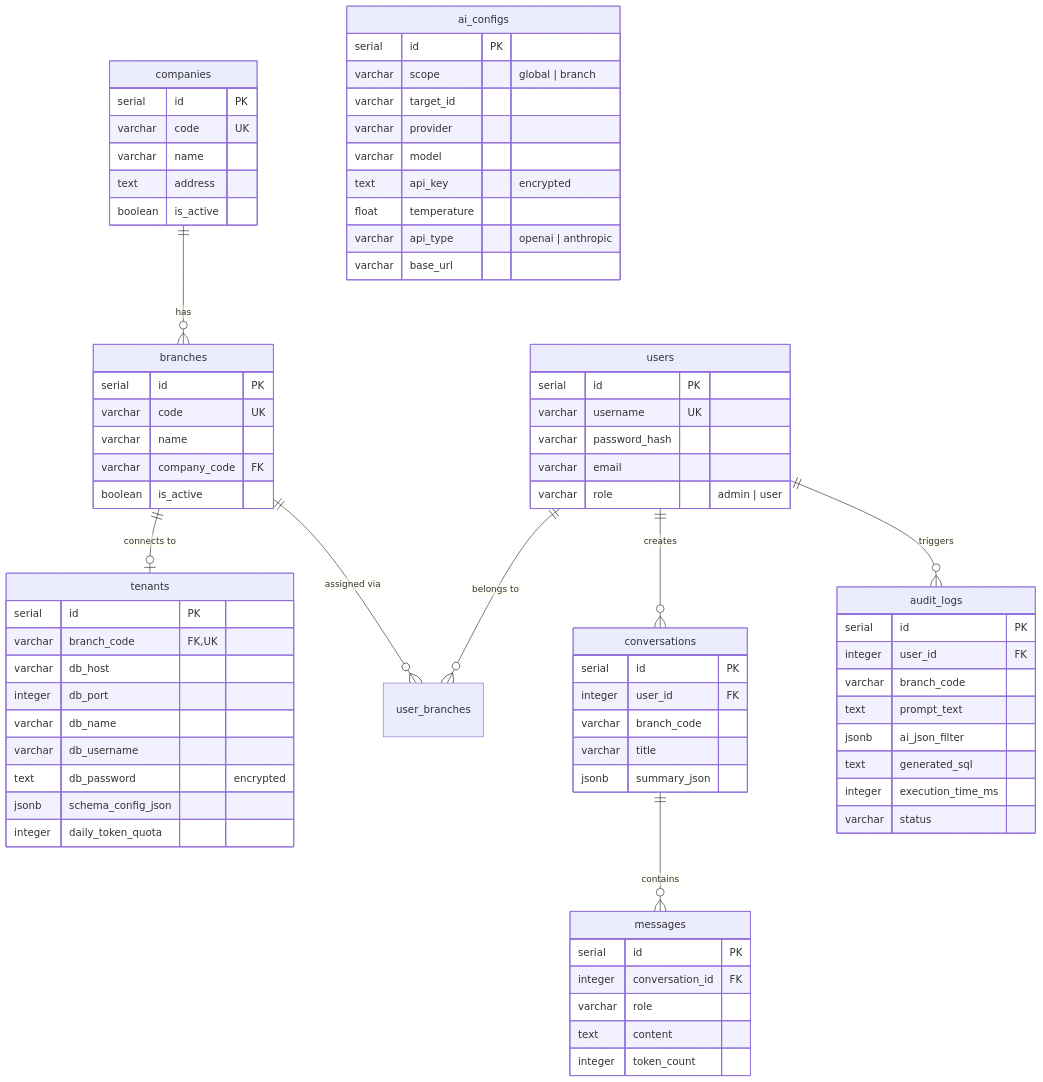
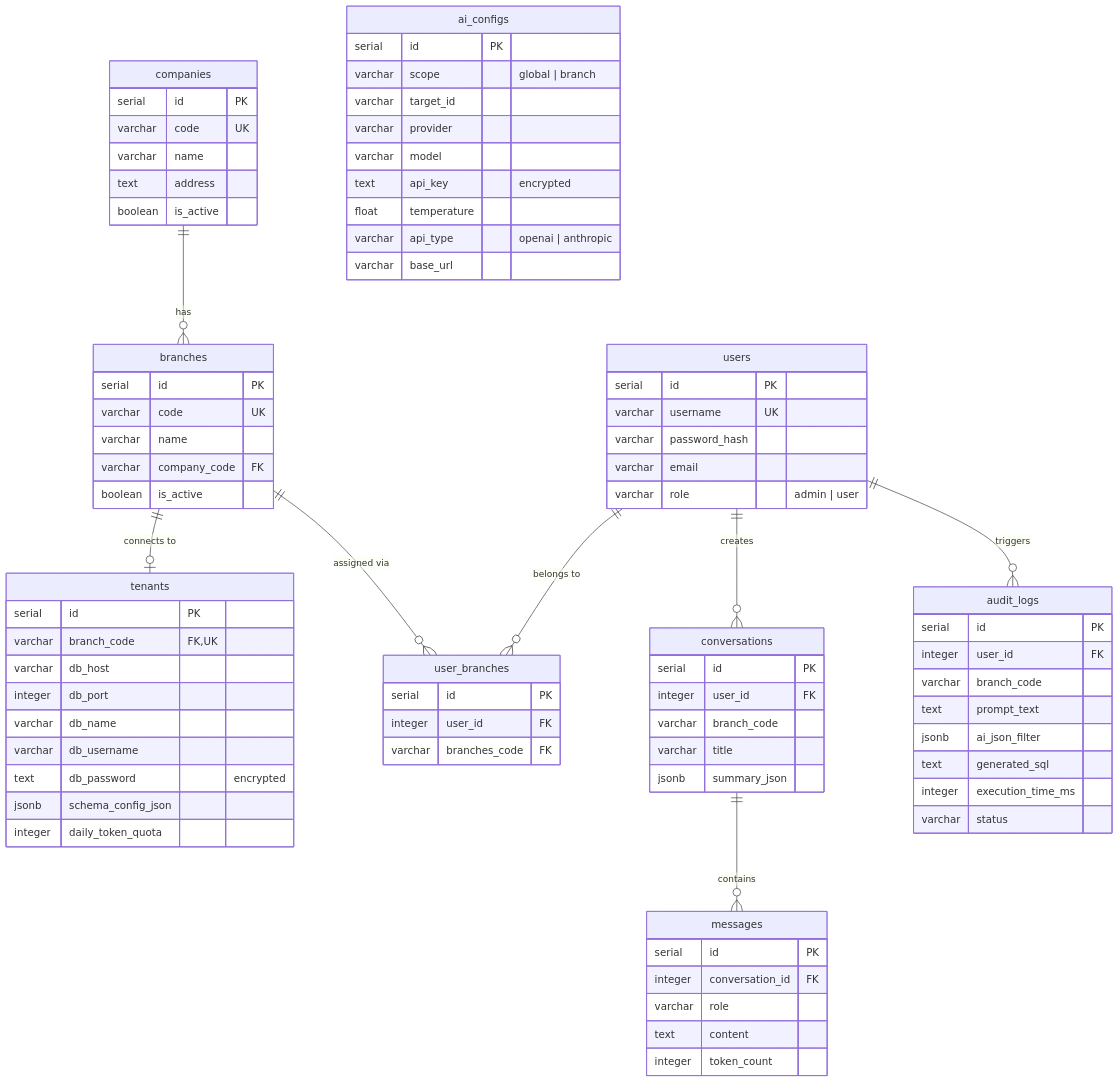
The diagram in Readme.md (kamachiii/AI-Reporting), drawn with Mermaid before and after one commit.

Commit message:
Add user_branches table to database schema
Added user_branches table definition to the schema.

```diff
--- a/Readme.md
+++ b/Readme.md
@@ -287,6 +287,12 @@
         varchar name
         varchar company_code FK
         boolean is_active
+    }
+
+    user_branches {
+        serial id PK
+        integer user_id FK
+        varchar branches_code FK
     }
 
     tenants {
```
